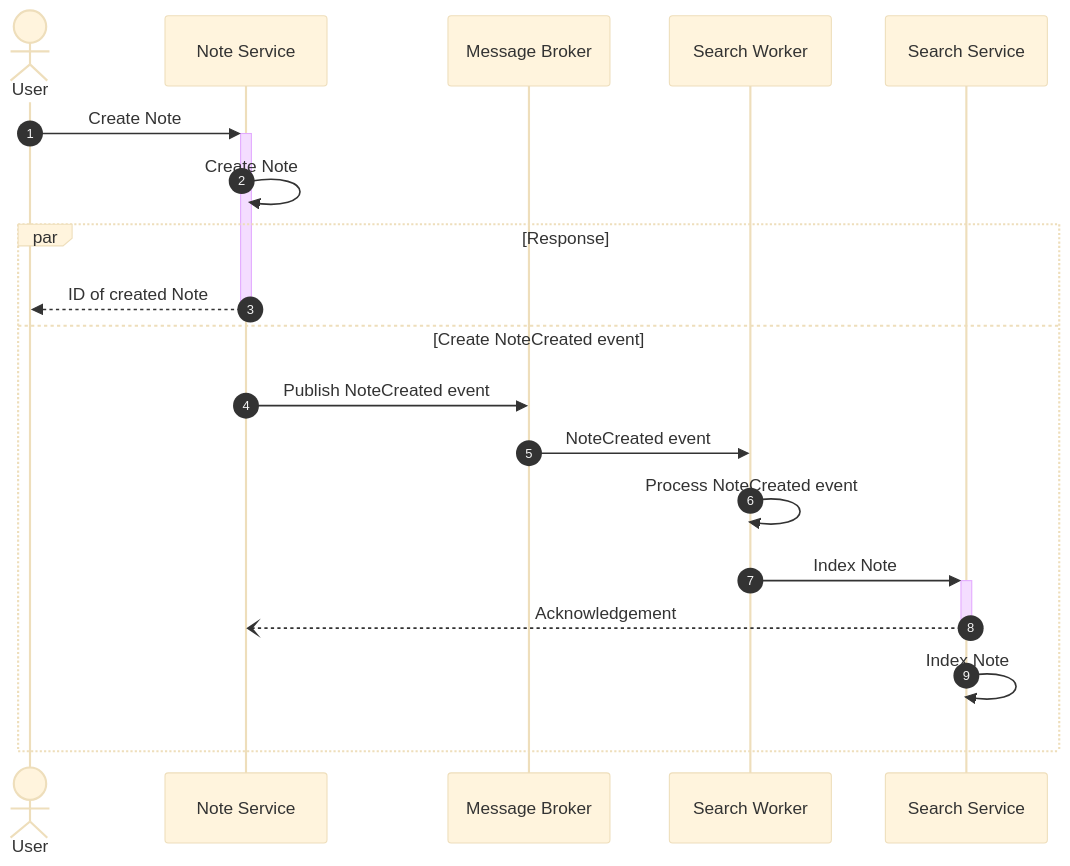
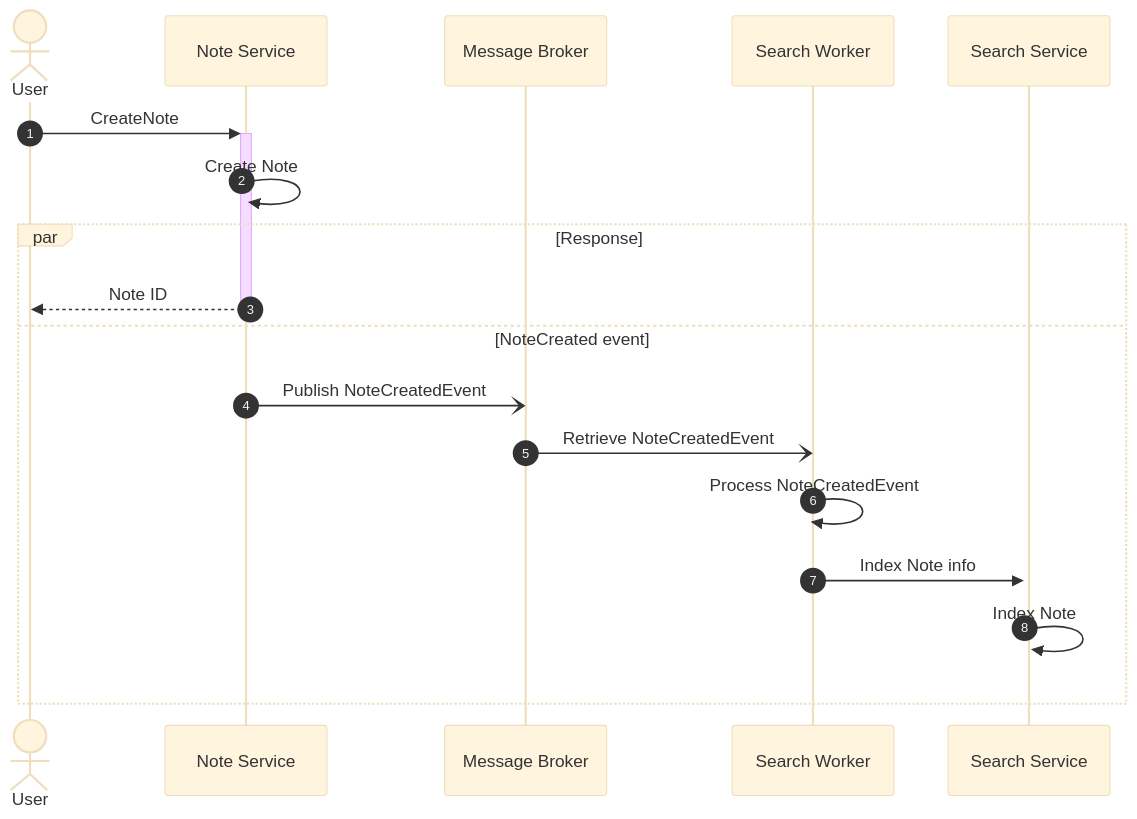
One commit to notopia-uit/notopia changed the first of 5 diagrams in docs/src/references/activity/note.md. Above: the diagram before and after it, drawn with Mermaid (base theme). The commit also changed other lines of this file and 63 other files, not shown here.

````diff
--- a/docs/src/references/activity/note.md
+++ b/docs/src/references/activity/note.md
@@ -12,23 +12,22 @@
 ```mermaid
 sequenceDiagram
     autonumber
 
     actor U as User
     participant NS as Note Service
     participant MB as Message Broker
     participant SW as Search Worker
     participant SS as Search Service
 
-    U->>+NS: Create Note
+    U->>+NS: CreateNote
     NS->>NS: Create Note
     par Response
-        NS-->>-U: ID of created Note
-    and Create NoteCreated event
-        NS->>MB: Publish NoteCreated event
-        MB->>SW: NoteCreated event
-        SW->>SW: Process NoteCreated event
-        SW->>+SS: Index Note
-        SS--)-NS: Acknowledgement
+        NS-->>-U: Note ID
+    and NoteCreated event
+        NS-)MB: Publish NoteCreatedEvent
+        MB-)SW: Retrieve NoteCreatedEvent
+        SW->>SW: Process NoteCreatedEvent
+        SW->>+SS: Index Note info
         SS->>+SS: Index Note
     end
 ```
````
